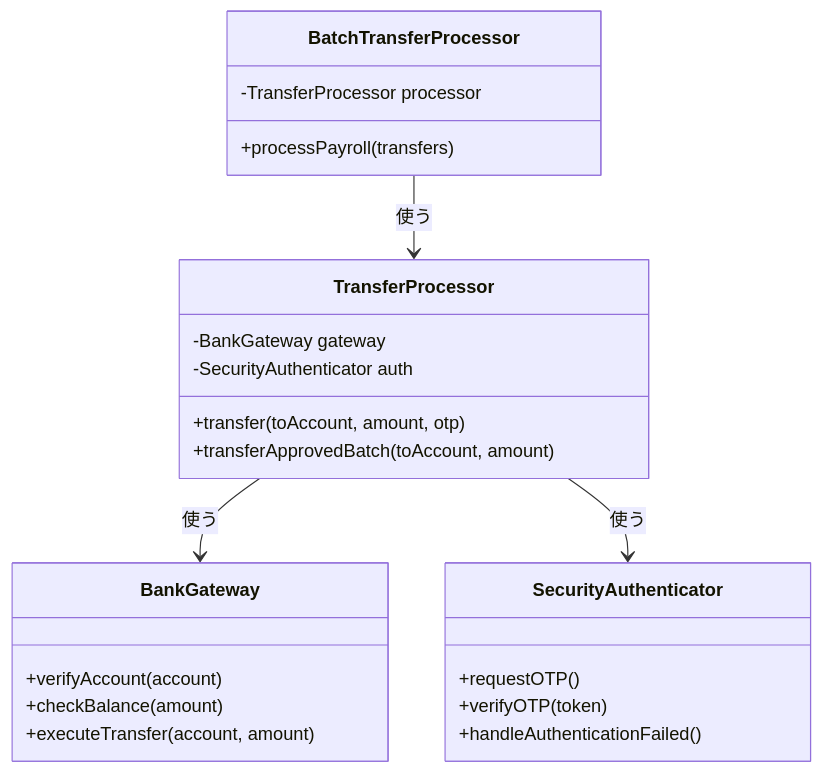
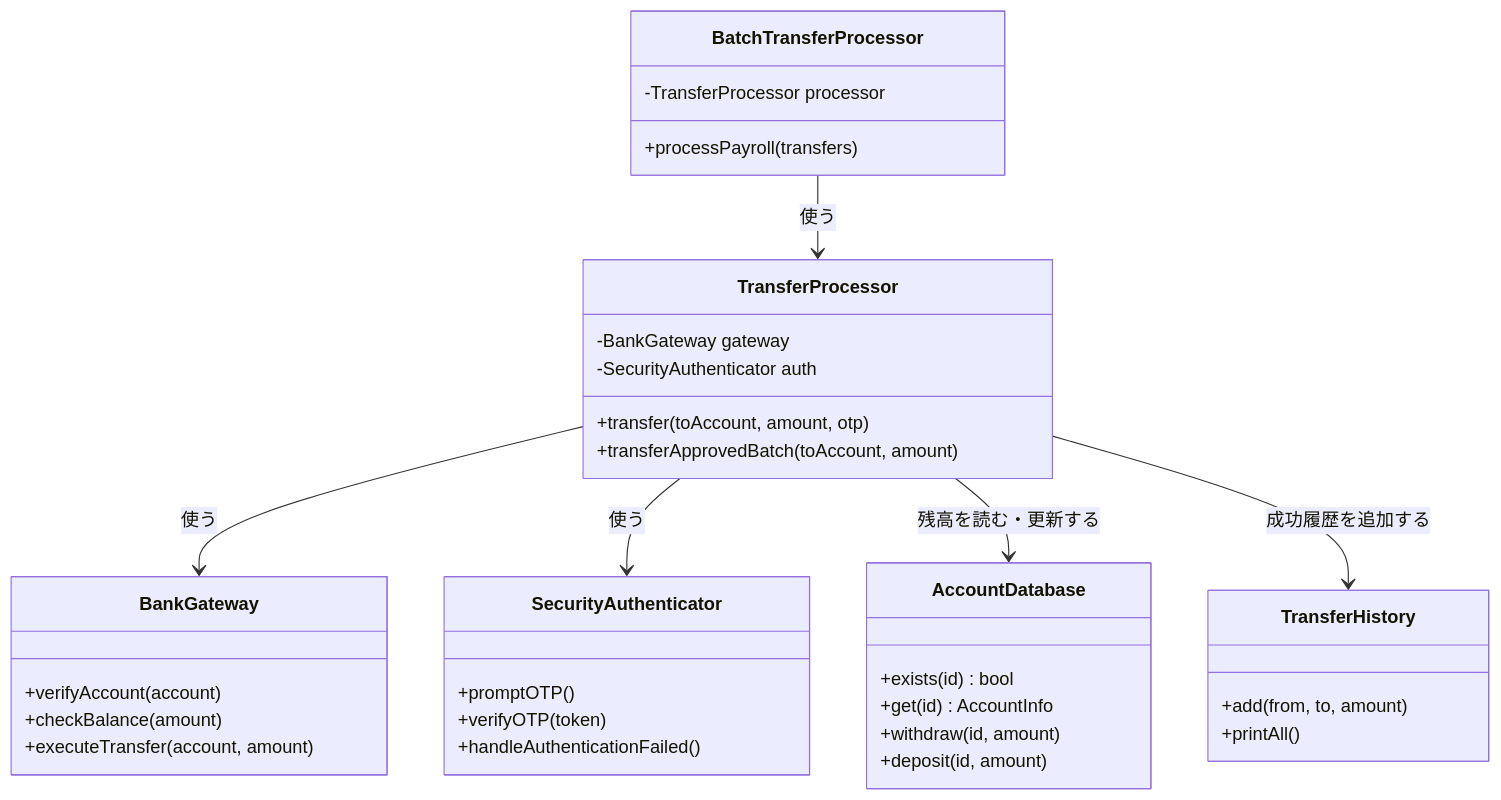
One commit to kumachan1101-pixel/DesignPattern changed the second of 9 diagrams in kindle/design-patterns/output/chapter02.md. Above: the diagram before and after it, drawn with Mermaid. The commit also changed other lines of this file and 1 other file, not shown here.

````diff
--- a/kindle/design-patterns/output/chapter02.md
+++ b/kindle/design-patterns/output/chapter02.md
@@ -163,27 +165,39 @@
 ```mermaid
 classDiagram
     class BatchTransferProcessor {
         -TransferProcessor processor
         +processPayroll(transfers)
     }
     class TransferProcessor {
         -BankGateway gateway
         -SecurityAuthenticator auth
         +transfer(toAccount, amount, otp)
         +transferApprovedBatch(toAccount, amount)
     }
     class BankGateway {
         +verifyAccount(account)
         +checkBalance(amount)
         +executeTransfer(account, amount)
     }
     class SecurityAuthenticator {
-        +requestOTP()
+        +promptOTP()
         +verifyOTP(token)
         +handleAuthenticationFailed()
+    }
+    class AccountDatabase {
+        +exists(id) bool
+        +get(id) AccountInfo
+        +withdraw(id, amount)
+        +deposit(id, amount)
+    }
+    class TransferHistory {
+        +add(from, to, amount)
+        +printAll()
     }
 
     BatchTransferProcessor --> TransferProcessor : 使う
     TransferProcessor --> BankGateway : 使う
     TransferProcessor --> SecurityAuthenticator : 使う
+    TransferProcessor --> AccountDatabase : 残高を読む・更新する
+    TransferProcessor --> TransferHistory : 成功履歴を追加する
 ```
````
